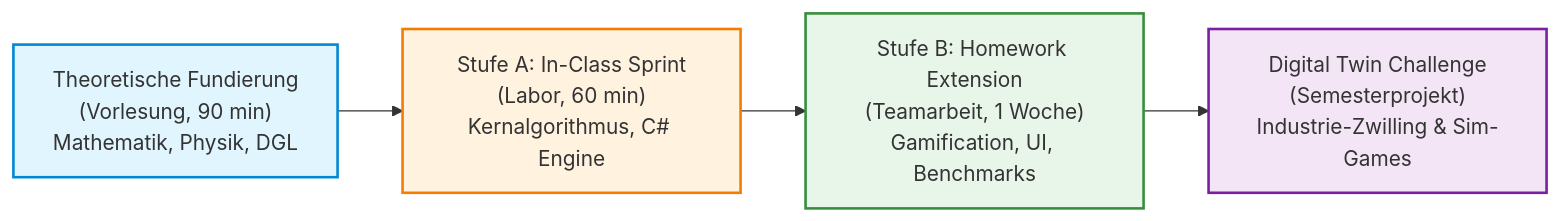
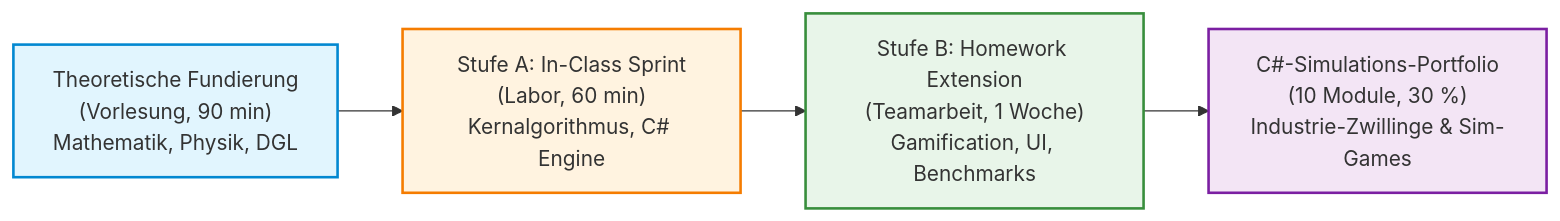
Before and after one commit to ghackenberg/kurs-computer-simulation: the first of 2 diagrams in Konzept/02_Uebungskatalog_und_Abschlussprojekt.md, drawn with Mermaid. The commit also changed other lines of this file and 4 other files, not shown here.

````diff
--- a/Konzept/02_Uebungskatalog_und_Abschlussprojekt.md
+++ b/Konzept/02_Uebungskatalog_und_Abschlussprojekt.md
@@ -61,10 +51,10 @@
 ```mermaid
 flowchart LR
     VL["Theoretische Fundierung\n(Vorlesung, 90 min)\nMathematik, Physik, DGL"] --> Sprint["Stufe A: In-Class Sprint\n(Labor, 60 min)\nKernalgorithmus, C# Engine"]
     Sprint --> Ext["Stufe B: Homework Extension\n(Teamarbeit, 1 Woche)\nGamification, UI, Benchmarks"]
-    Ext --> Twin["Digital Twin Challenge\n(Semesterprojekt)\nIndustrie-Zwilling & Sim-Games"]
+    Ext --> Portfolio["C#-Simulations-Portfolio\n(10 Module, 30 %)\nIndustrie-Zwillinge & Sim-Games"]
     style VL fill:#e1f5fe,stroke:#0288d1,stroke-width:2px;
     style Sprint fill:#fff3e0,stroke:#f57c00,stroke-width:2px;
     style Ext fill:#e8f5e9,stroke:#388e3c,stroke-width:2px;
-    style Twin fill:#f3e5f5,stroke:#7b1fa2,stroke-width:2px;
+    style Portfolio fill:#f3e5f5,stroke:#7b1fa2,stroke-width:2px;
 ```
````
